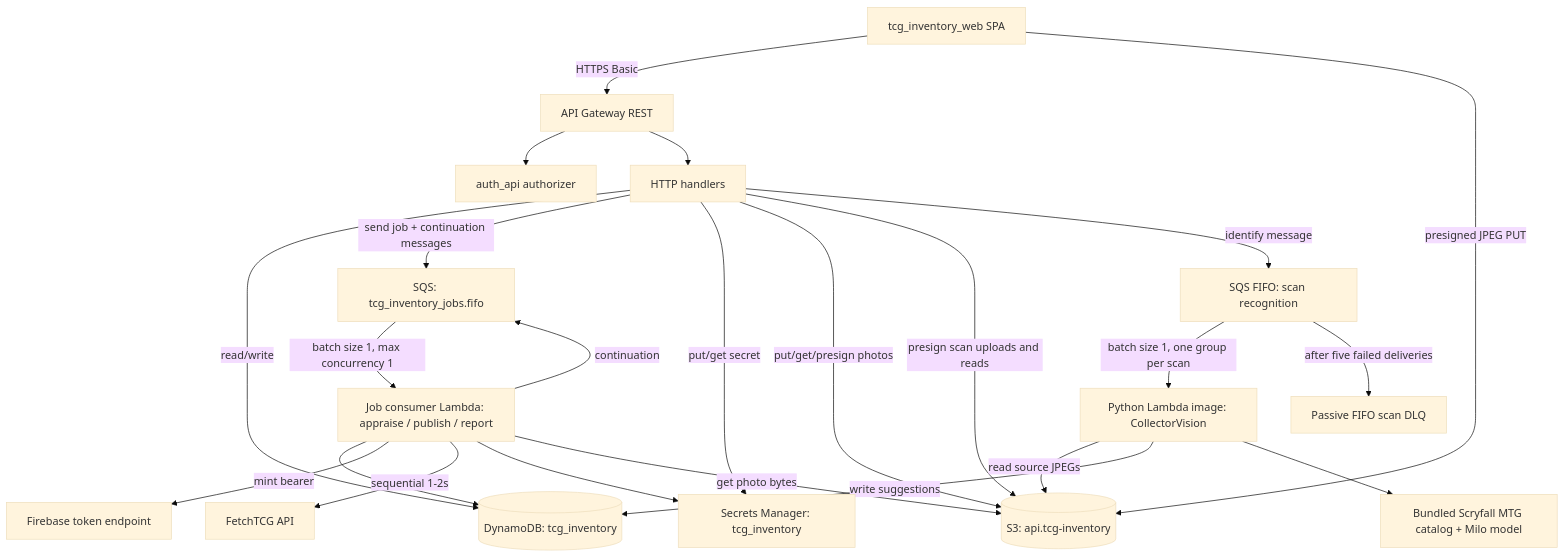
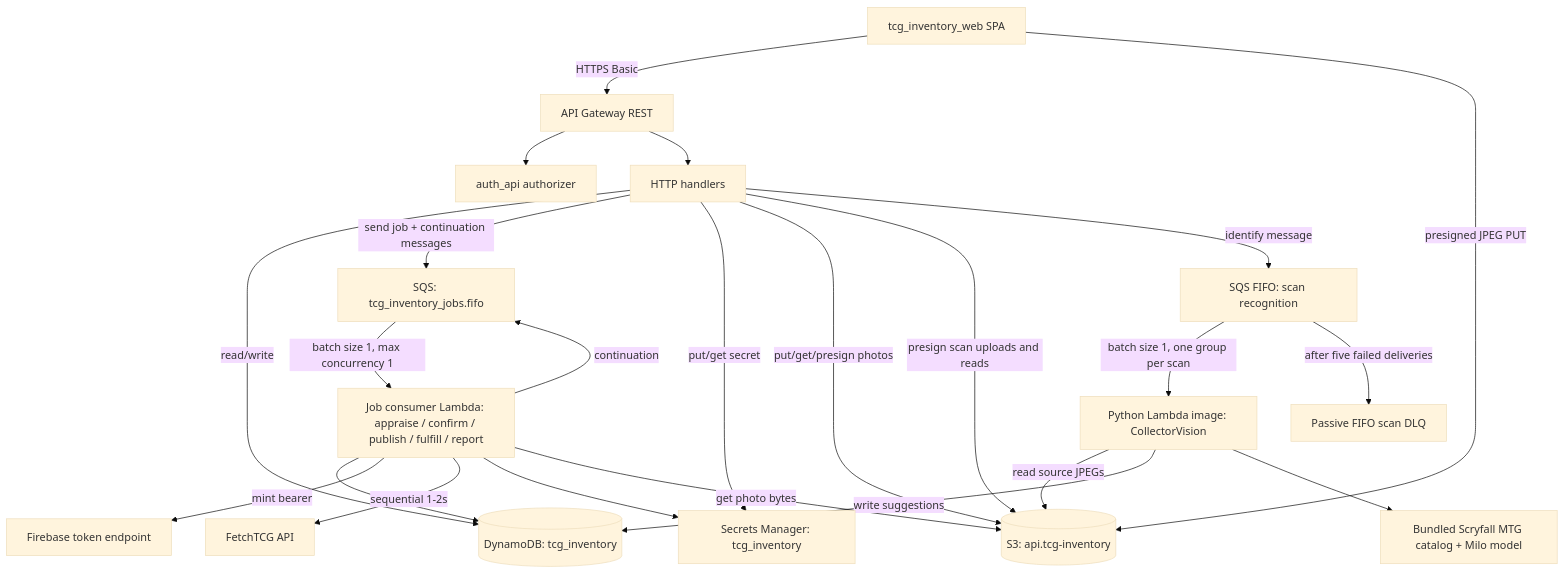
One commit to jordansimsmith/jordansimsmith-com changed the first of 3 diagrams in tcg_inventory_api/README.md. Above: the diagram before and after it, drawn with Mermaid (base theme). The commit also changed other lines of this file and 36 other files, not shown here.

````diff
--- a/tcg_inventory_api/README.md
+++ b/tcg_inventory_api/README.md
@@ -62,25 +62,25 @@
 ```mermaid
 flowchart TD
   web[tcg_inventory_web SPA] -->|HTTPS Basic| apigw[API Gateway REST]
   apigw --> authz[auth_api authorizer]
   apigw --> http[HTTP handlers]
   http -->|read/write| ddb[(DynamoDB: tcg_inventory)]
   http -->|send job + continuation messages| sqs[SQS: tcg_inventory_jobs.fifo]
-  sqs -->|batch size 1, max concurrency 1| jobs[Job consumer Lambda: appraise / publish / report]
+  sqs -->|batch size 1, max concurrency 1| jobs[Job consumer Lambda: appraise / confirm / publish / fulfill / report]
   jobs --> ddb
   jobs -->|continuation| sqs
   jobs -->|mint bearer| firebase[Firebase token endpoint]
   jobs -->|sequential 1-2s| fetchtcg[FetchTCG API]
   http -->|put/get secret| secrets[Secrets Manager: tcg_inventory]
   jobs --> secrets
   http -->|put/get/presign photos| s3[(S3: api.tcg-inventory)]
   jobs -->|get photo bytes| s3
   http -->|presign scan uploads and reads| s3
   web -->|presigned JPEG PUT| s3
   http -->|identify message| scansqs[SQS FIFO: scan recognition]
   scansqs -->|batch size 1, one group per scan| scanworker[Python Lambda image: CollectorVision]
   scansqs -->|after five failed deliveries| scandlq[Passive FIFO scan DLQ]
   scanworker -->|read source JPEGs| s3
   scanworker -->|write suggestions| ddb
   scanworker --> catalog[Bundled Scryfall MTG catalog + Milo model]
 ```
````
